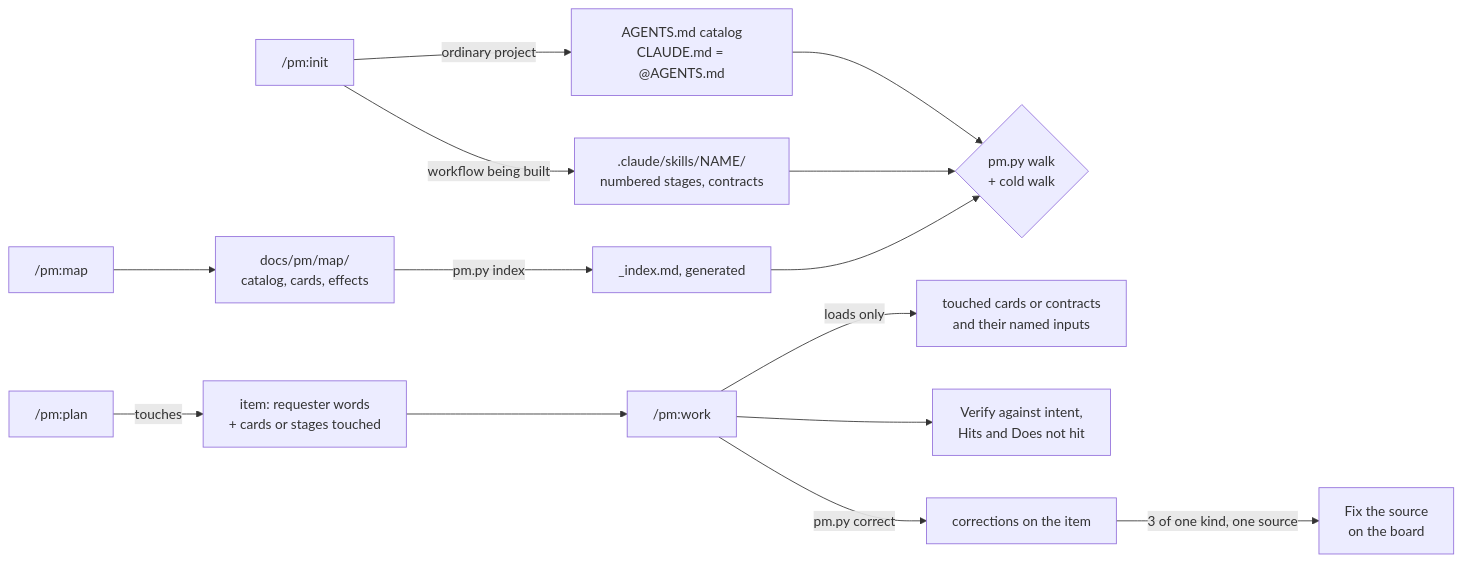
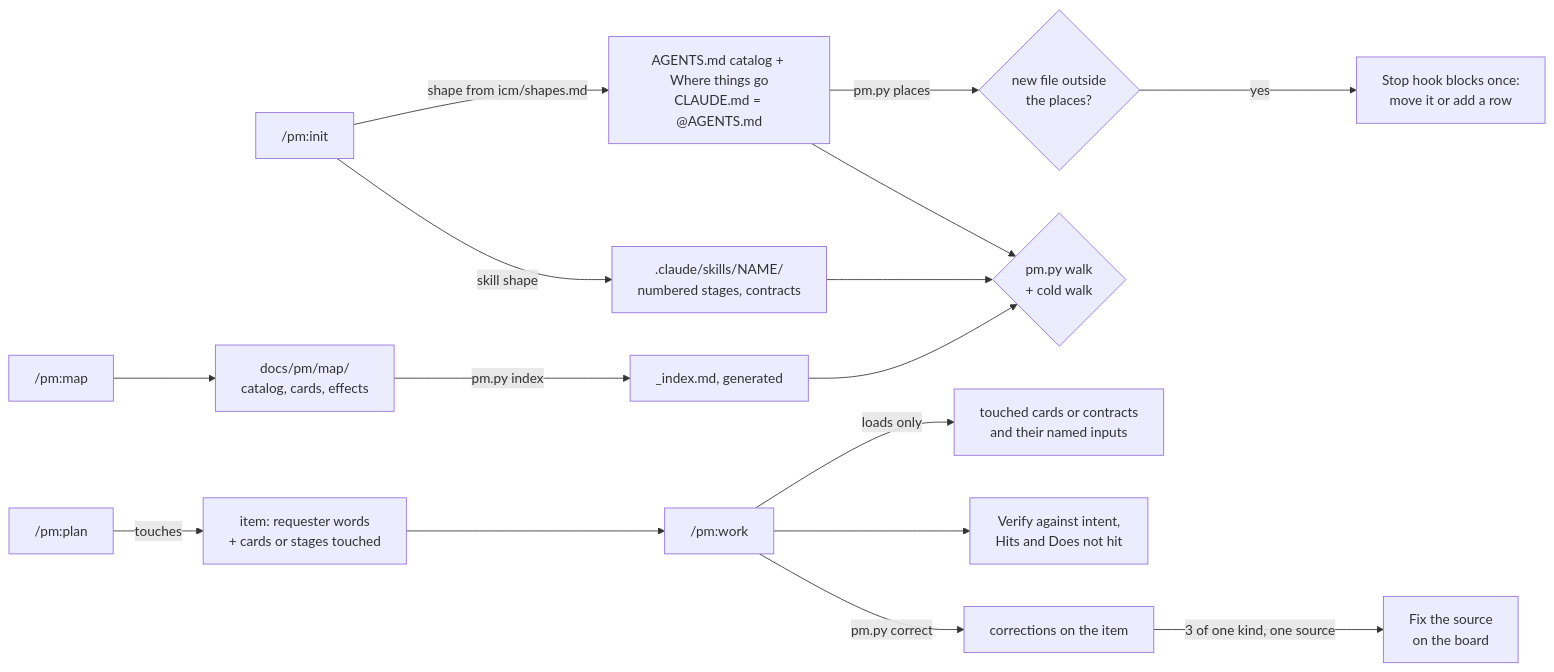
Before and after one commit to yehezkieled/pm-plugin: the third of 4 diagrams in docs/architecture.md, drawn with Mermaid. The commit also changed other lines of this file and 67 other files, not shown here.

````diff
--- a/docs/architecture.md
+++ b/docs/architecture.md
@@ -61,16 +63,18 @@
 ```mermaid
 flowchart LR
-  INIT["/pm:init"] -->|ordinary project| CAT[AGENTS.md catalog<br/>CLAUDE.md = @AGENTS.md]
-  INIT -->|workflow being built| SK[.claude/skills/NAME/<br/>numbered stages, contracts]
+  INIT["/pm:init"] -->|shape from icm/shapes.md| CAT[AGENTS.md catalog + Where things go<br/>CLAUDE.md = @AGENTS.md]
+  INIT -->|skill shape| SK[.claude/skills/NAME/<br/>numbered stages, contracts]
+  CAT -->|pm.py places| PL{new file outside<br/>the places?}
+  PL -->|yes| STOP[Stop hook blocks once:<br/>move it or add a row]
   MAP["/pm:map"] --> SM[docs/pm/map/<br/>catalog, cards, effects]
   SM -->|pm.py index| IX[_index.md, generated]
   CAT --> WALK{pm.py walk<br/>+ cold walk}
   SK --> WALK
   IX --> WALK
   PLAN["/pm:plan"] -->|touches| IT[item: requester words<br/>+ cards or stages touched]
   IT --> WORK["/pm:work"]
   WORK -->|loads only| TC[touched cards or contracts<br/>and their named inputs]
   WORK --> VER[Verify against intent,<br/>Hits and Does not hit]
   WORK -->|pm.py correct| CO[corrections on the item]
   CO -->|3 of one kind, one source| FIX[Fix the source<br/>on the board]
 ```
````
